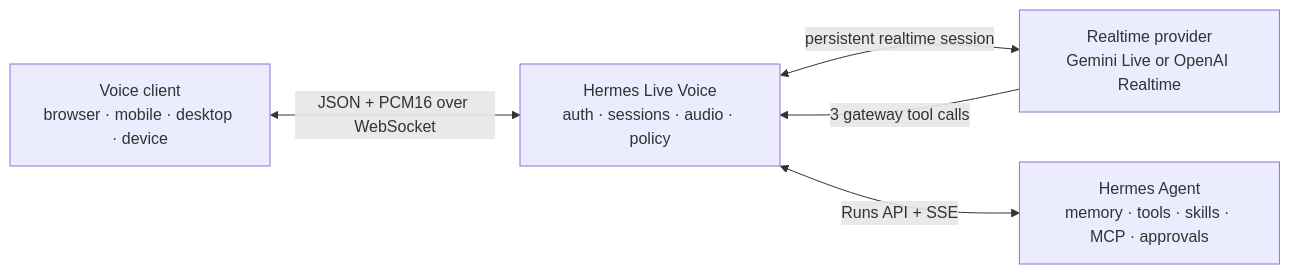
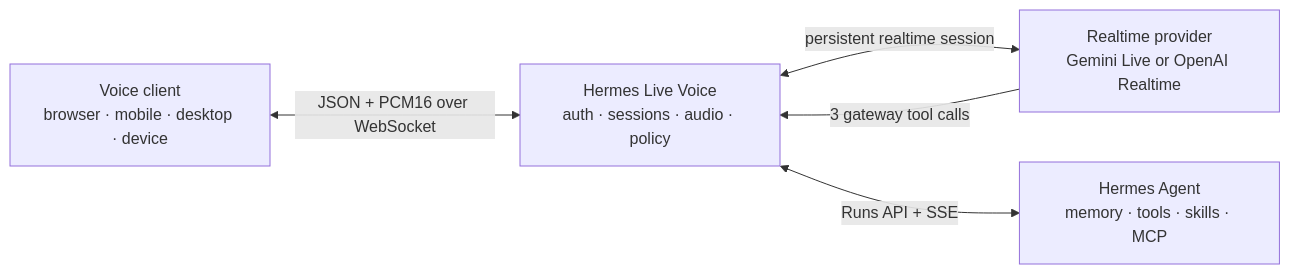
Before and after one commit to bielcarpi/hermes-live-voice: the diagram in README.md, drawn with Mermaid. The commit also changed other lines of this file, not shown here.

````diff
--- a/README.md
+++ b/README.md
@@ -238,12 +194,12 @@
 ```mermaid
 flowchart LR
   C["Voice client<br/>browser · mobile · desktop · device"]
   G["Hermes Live Voice<br/>auth · sessions · audio · policy"]
   R["Realtime provider<br/>Gemini Live or OpenAI Realtime"]
-  H["Hermes Agent<br/>memory · tools · skills · MCP · approvals"]
+  H["Hermes Agent<br/>memory · tools · skills · MCP"]
 
   C <-->|"JSON + PCM16 over WebSocket"| G
   G <-->|"persistent realtime session"| R
   R -->|"3 gateway tool calls"| G
   G <-->|"Runs API + SSE"| H
 ```
````
